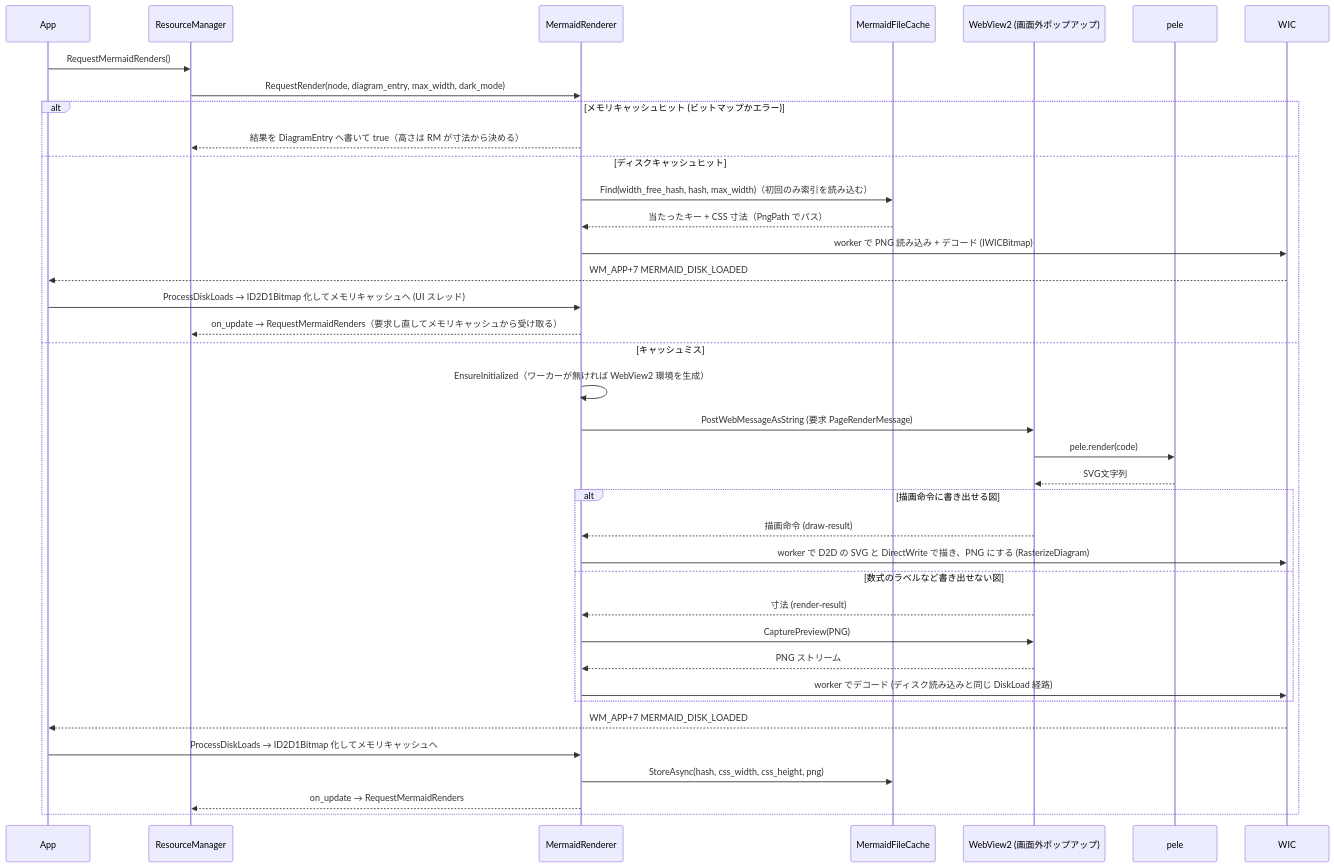
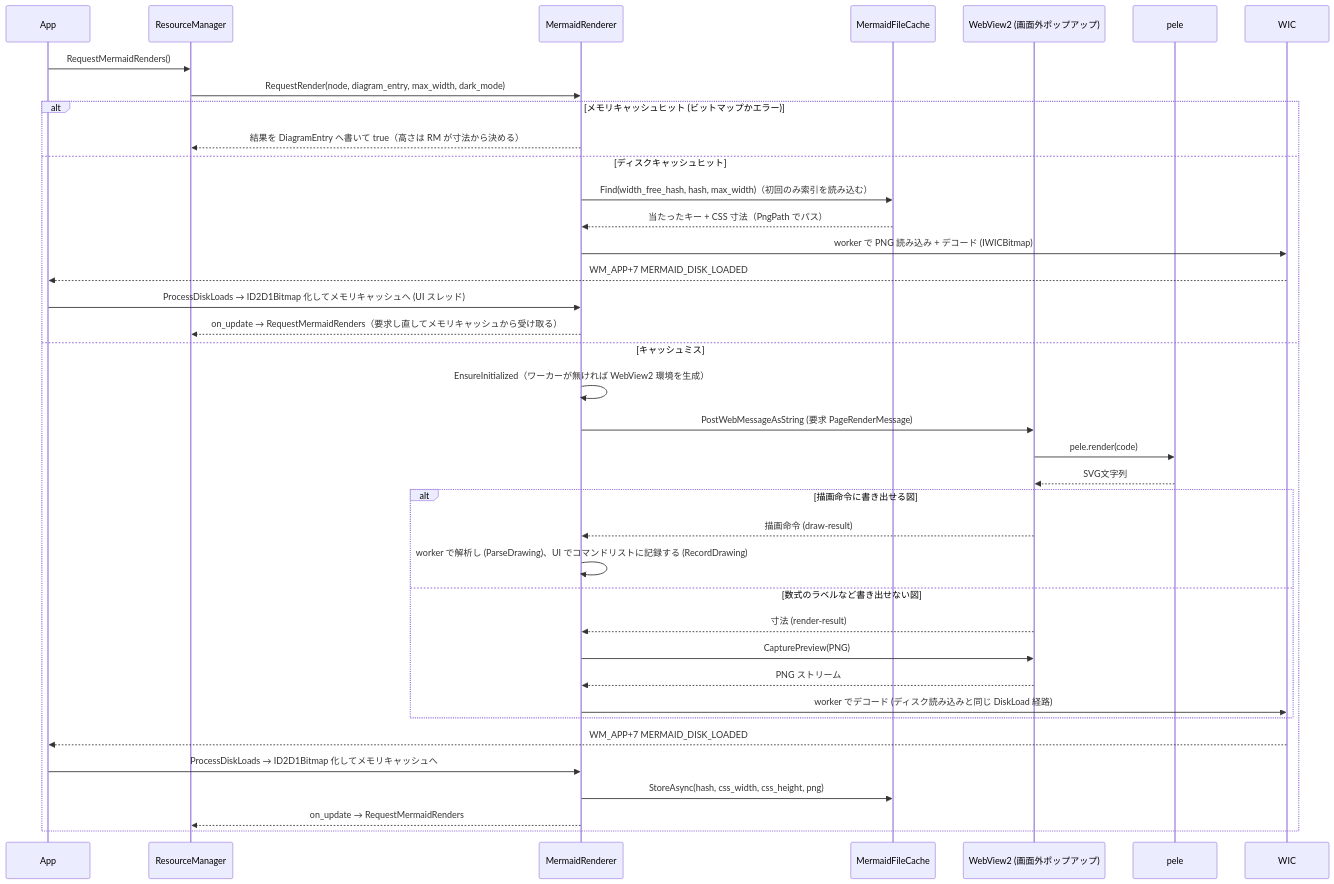
Before and after one commit to tanaton/mendo: diagram 11 of 27 in example/test.md, drawn with Mermaid. The commit also changed other lines of this file and 20 other files, not shown here.

First line of the commit message:
図をビットマップにせず、コマンドリストで毎フレーム描く

````diff
--- a/example/test.md
+++ b/example/test.md
@@ -1557,41 +1557,41 @@
 ```mermaid
 sequenceDiagram
     participant APP as App
     participant RM as ResourceManager
     participant MR as MermaidRenderer
     participant FC as MermaidFileCache
     participant WV as WebView2 (画面外ポップアップ)
     participant JS as pele
     participant WIC as WIC
 
     APP->>RM: RequestMermaidRenders()
     RM->>MR: RequestRender(node, diagram_entry, max_width, dark_mode)
     alt メモリキャッシュヒット (ビットマップかエラー)
         MR-->>RM: 結果を DiagramEntry へ書いて true（高さは RM が寸法から決める）
     else ディスクキャッシュヒット
         MR->>FC: Find(width_free_hash, hash, max_width)（初回のみ索引を読み込む）
         FC-->>MR: 当たったキー + CSS 寸法（PngPath でパス）
         MR->>WIC: worker で PNG 読み込み + デコード (IWICBitmap)
         WIC-->>APP: WM_APP+7 MERMAID_DISK_LOADED
         APP->>MR: ProcessDiskLoads → ID2D1Bitmap 化してメモリキャッシュへ (UI スレッド)
         MR-->>RM: on_update → RequestMermaidRenders（要求し直してメモリキャッシュから受け取る）
     else キャッシュミス
         MR->>MR: EnsureInitialized（ワーカーが無ければ WebView2 環境を生成）
         MR->>WV: PostWebMessageAsString (要求 PageRenderMessage)
         WV->>JS: pele.render(code)
         JS-->>WV: SVG文字列
         alt 描画命令に書き出せる図
             WV-->>MR: 描画命令 (draw-result)
-            MR->>WIC: worker で D2D の SVG と DirectWrite で描き、PNG にする (RasterizeDiagram)
+            MR->>MR: worker で解析し (ParseDrawing)、UI でコマンドリストに記録する (RecordDrawing)
         else 数式のラベルなど書き出せない図
             WV-->>MR: 寸法 (render-result)
             MR->>WV: CapturePreview(PNG)
             WV-->>MR: PNG ストリーム
             MR->>WIC: worker でデコード (ディスク読み込みと同じ DiskLoad 経路)
         end
         WIC-->>APP: WM_APP+7 MERMAID_DISK_LOADED
         APP->>MR: ProcessDiskLoads → ID2D1Bitmap 化してメモリキャッシュへ
         MR->>FC: StoreAsync(hash, css_width, css_height, png)
         MR-->>RM: on_update → RequestMermaidRenders
     end
 ```
````
